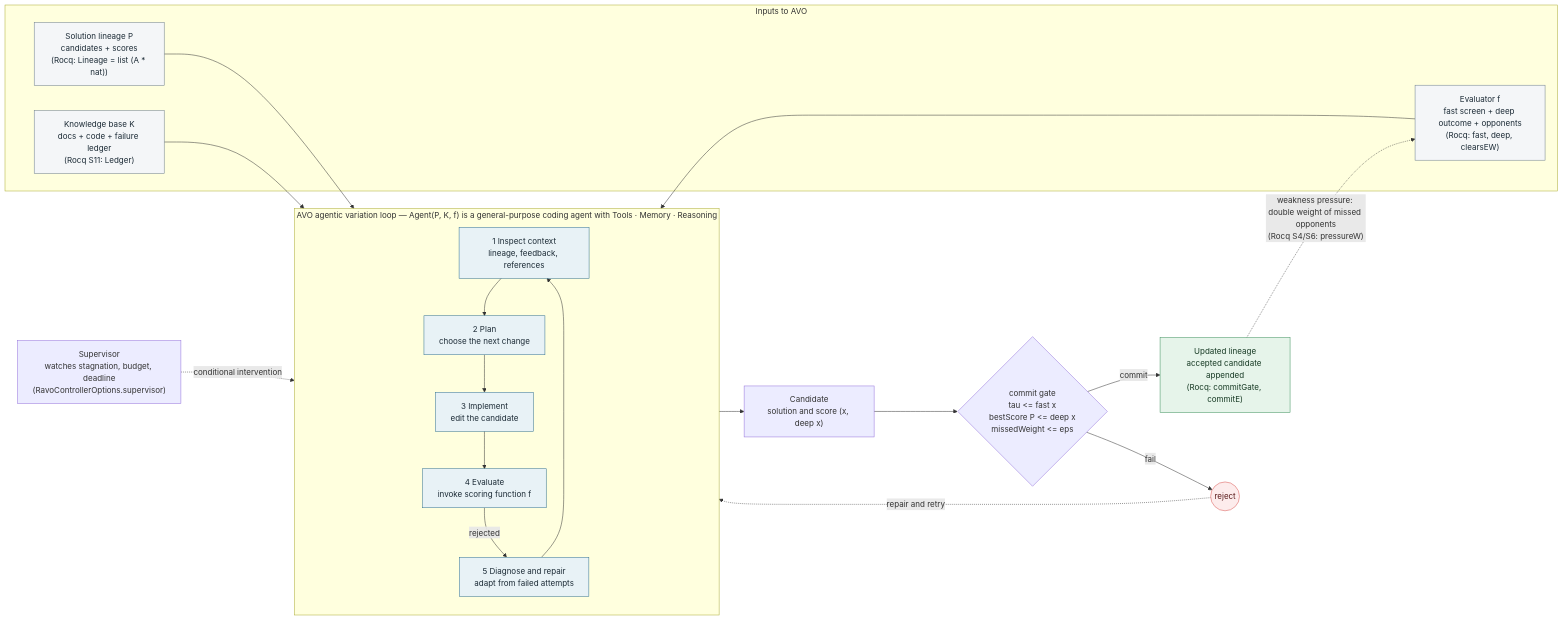
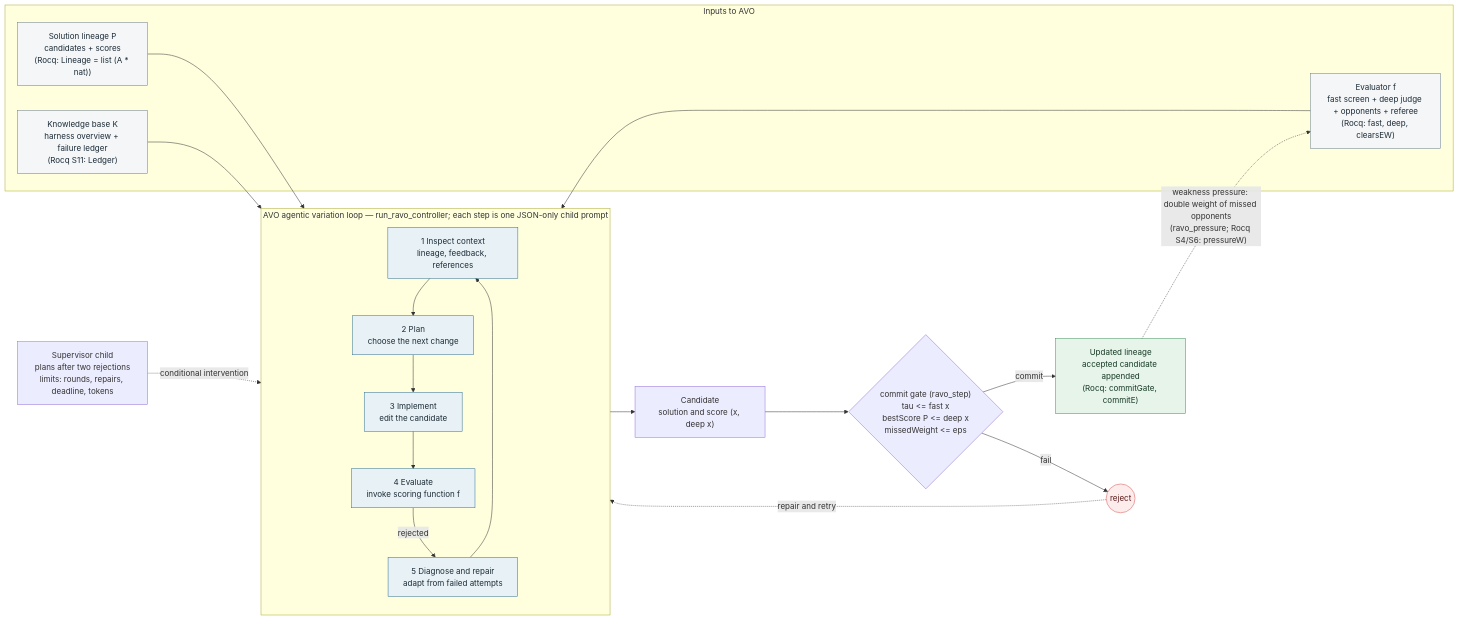
Before and after one commit to coleleavitt/prime-agent: the diagram in docs/avo-loop.mmd, drawn with Mermaid. The commit also changed 4 other files, not shown here.

First line of the commit message:
docs: FLOWCHART and the architecture diagrams map the Rust crates

```diff
--- a/docs/avo-loop.mmd
+++ b/docs/avo-loop.mmd
@@ -1,45 +1,46 @@
 %% AVO agentic variation loop (Puget et al., arXiv:2603.24517) as RAVO instantiates it.
 %% Notation from ~/RocqProjects/ravo/Ravo.v: Agent(P, K, f) with lineage P, knowledge K, evaluator f.
+%% Rust: crates/pa-ravo (run_ravo_controller in src/run/controller.rs, ravo_step in src/reducer.rs).
 flowchart LR
   subgraph IN["Inputs to AVO"]
     P["Solution lineage P<br/>candidates + scores<br/>(Rocq: Lineage = list (A * nat))"]
-    K["Knowledge base K<br/>docs + code + failure ledger<br/>(Rocq S11: Ledger)"]
-    f["Evaluator f<br/>fast screen + deep outcome + opponents<br/>(Rocq: fast, deep, clearsEW)"]
+    K["Knowledge base K<br/>harness overview + failure ledger<br/>(Rocq S11: Ledger)"]
+    f["Evaluator f<br/>fast screen + deep judge + opponents + referee<br/>(Rocq: fast, deep, clearsEW)"]
   end
 
-  subgraph LOOP["AVO agentic variation loop — Agent(P, K, f) is a general-purpose coding agent with Tools · Memory · Reasoning"]
+  subgraph LOOP["AVO agentic variation loop — run_ravo_controller; each step is one JSON-only child prompt"]
     direction TB
     S1["1 Inspect context<br/>lineage, feedback, references"]
     S2["2 Plan<br/>choose the next change"]
     S3["3 Implement<br/>edit the candidate"]
     S4["4 Evaluate<br/>invoke scoring function f"]
     S5["5 Diagnose and repair<br/>adapt from failed attempts"]
     S1 --> S2 --> S3 --> S4
     S4 -->|"rejected"| S5
     S5 --> S1
   end
 
-  SUP["Supervisor<br/>watches stagnation, budget, deadline<br/>(RavoControllerOptions.supervisor)"]
+  SUP["Supervisor child<br/>plans after two rejections<br/>limits: rounds, repairs, deadline, tokens"]
   CAND["Candidate<br/>solution and score (x, deep x)"]
-  GATE{"commit gate<br/>tau <= fast x<br/>bestScore P <= deep x<br/>missedWeight <= eps"}
+  GATE{"commit gate (ravo_step)<br/>tau <= fast x<br/>bestScore P <= deep x<br/>missedWeight <= eps"}
   UPD["Updated lineage<br/>accepted candidate appended<br/>(Rocq: commitGate, commitE)"]
   REJ(("reject"))
 
   P --> S1
   K --> S5
   f --> S4
   SUP -.->|"conditional intervention"| S2
   S4 --> CAND --> GATE
   GATE -->|"commit"| UPD
   GATE -->|"fail"| REJ
   REJ -.->|"repair and retry"| S5
-  UPD -.->|"weakness pressure: double weight of missed opponents<br/>(Rocq S4/S6: pressureW)"| f
+  UPD -.->|"weakness pressure: double weight of missed opponents<br/>(ravo_pressure; Rocq S4/S6: pressureW)"| f
 
   classDef input fill:#f4f6f8,stroke:#6b7c8a,color:#1c2b36;
   classDef loop fill:#e8f2f6,stroke:#2f6f8f,color:#1c2b36;
   classDef ok fill:#e6f4ea,stroke:#3a8f5a,color:#173a24;
   classDef bad fill:#fdecec,stroke:#d9534f,color:#5a1a1a;
   class P,K,f input;
   class S1,S2,S3,S4,S5 loop;
   class UPD ok;
   class REJ bad;
```
